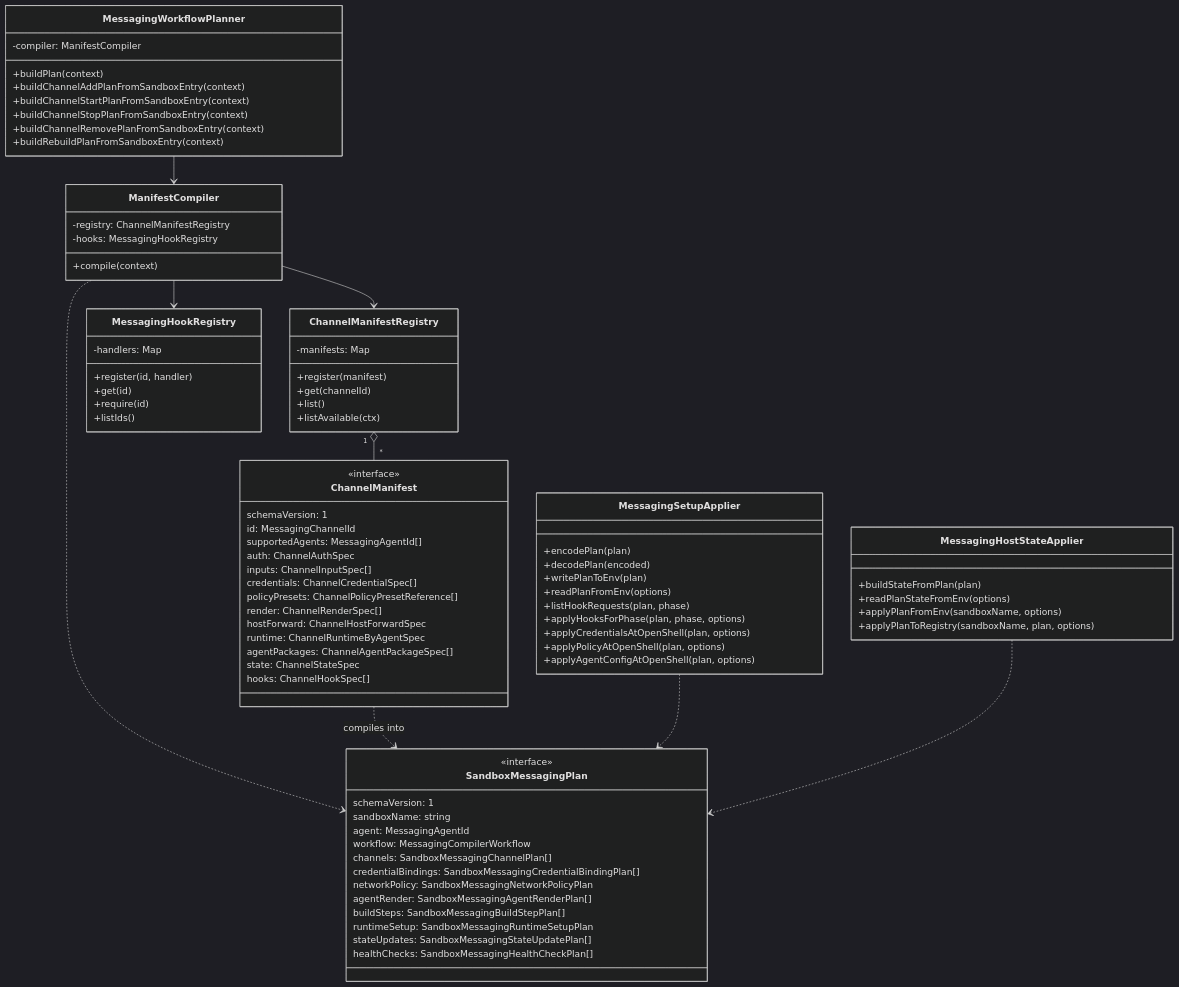
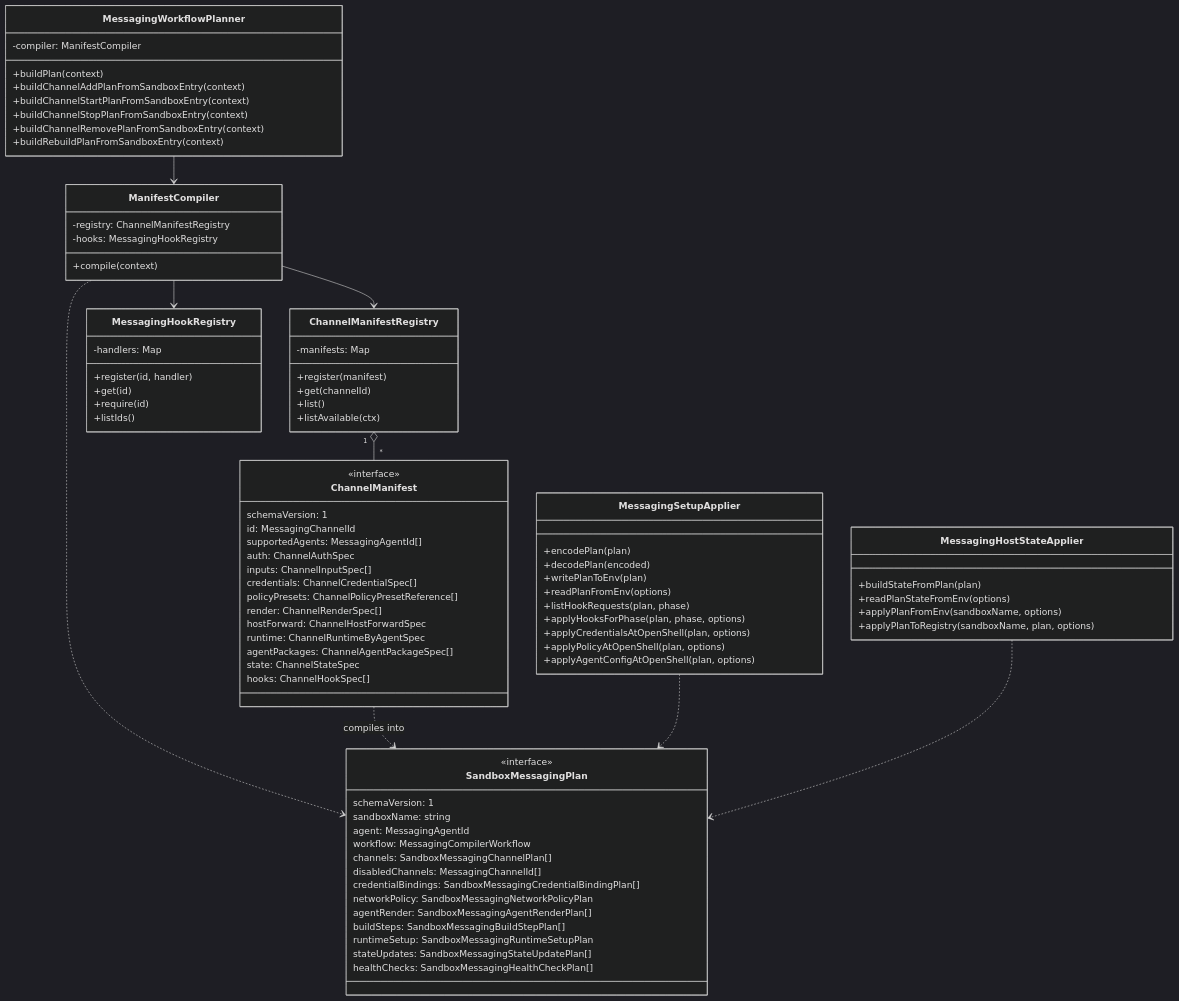
Before and after one commit to sambegui/NemoClaw: the second of 3 diagrams in src/lib/messaging/README.md, drawn with Mermaid (dark theme). The commit also changed other lines of this file, not shown here.

Commit message:
docs(messaging): align README with persistence behavior

```diff
--- a/src/lib/messaging/README.md
+++ b/src/lib/messaging/README.md
@@ -78,6 +79,7 @@
     agent: MessagingAgentId
     workflow: MessagingCompilerWorkflow
     channels: SandboxMessagingChannelPlan[]
+    disabledChannels: MessagingChannelId[]
     credentialBindings: SandboxMessagingCredentialBindingPlan[]
     networkPolicy: SandboxMessagingNetworkPolicyPlan
     agentRender: SandboxMessagingAgentRenderPlan[]
```
